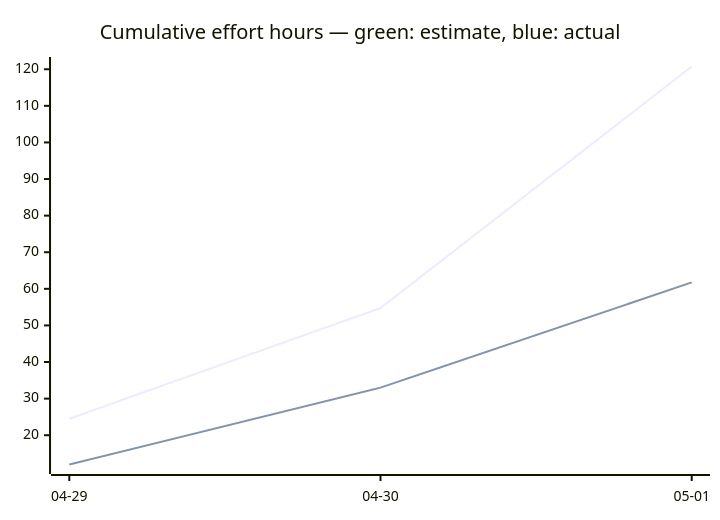
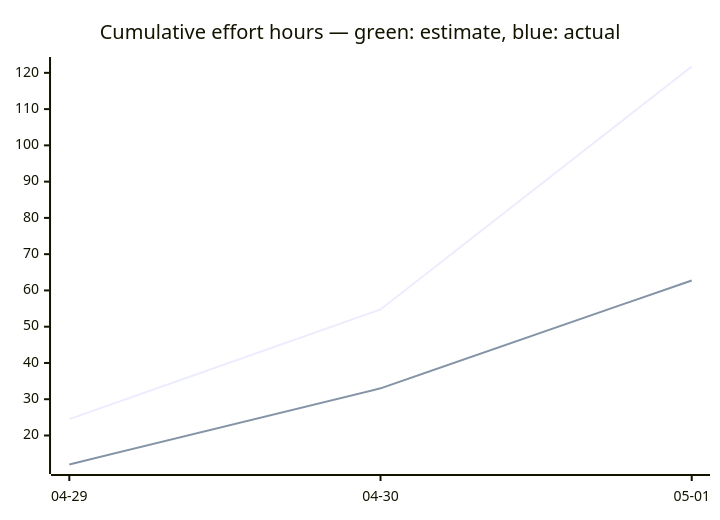
The third of 3 diagrams in docs/developers/tasks/OVERVIEW.md (tgd1975/AwesomeStudioPedal), drawn with Mermaid before and after one commit. The commit also changed other lines of this file and 6 other files, not shown here.

````diff
--- a/docs/developers/tasks/OVERVIEW.md
+++ b/docs/developers/tasks/OVERVIEW.md
@@ -40,7 +40,7 @@
 ```mermaid
 xychart-beta
     title "Cumulative effort hours — green: estimate, blue: actual"
     x-axis ["04-29", "04-30", "05-01"]
-    line [24.5, 54.75, 120.75]
-    line [12, 33, 61.75]
+    line [24.5, 54.75, 121.75]
+    line [12, 33, 62.75]
 ```
````
